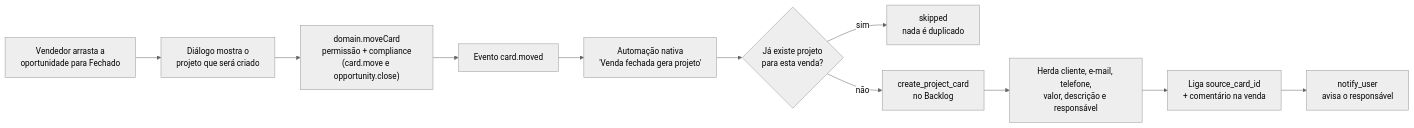
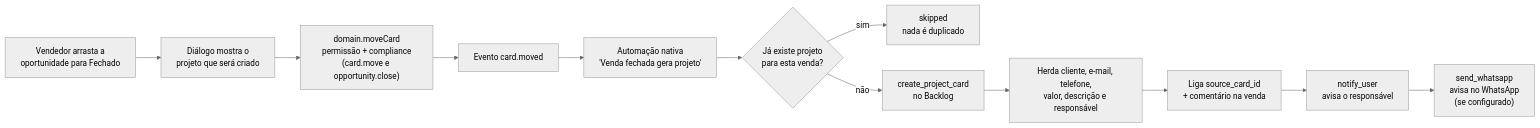
Before and after one commit to bigkaio/polimatas-gestao-projetos: the third of 4 diagrams in STACK-E-FUNCIONAMENTO.md, drawn with Mermaid (neutral theme). The commit also changed other lines of this file and 45 other files, not shown here.

````diff
--- a/STACK-E-FUNCIONAMENTO.md
+++ b/STACK-E-FUNCIONAMENTO.md
@@ -638,13 +640,14 @@
 ```mermaid
 flowchart LR
     A["Vendedor arrasta a<br/>oportunidade para Fechado"] --> B["Diálogo mostra o<br/>projeto que será criado"]
     B --> C["domain.moveCard<br/>permissão + compliance<br/>(card.move e opportunity.close)"]
     C --> D["Evento card.moved"]
     D --> E["Automação nativa<br/>'Venda fechada gera projeto'"]
     E --> F{"Já existe projeto<br/>para esta venda?"}
     F -- sim --> G["skipped<br/>nada é duplicado"]
     F -- não --> H["create_project_card<br/>no Backlog"]
     H --> I["Herda cliente, e-mail, telefone,<br/>valor, descrição e responsável"]
     I --> J["Liga source_card_id<br/>+ comentário na venda"]
     J --> K["notify_user<br/>avisa o responsável"]
+    K --> L["send_whatsapp<br/>avisa no WhatsApp<br/>(se configurado)"]
 ```
````
